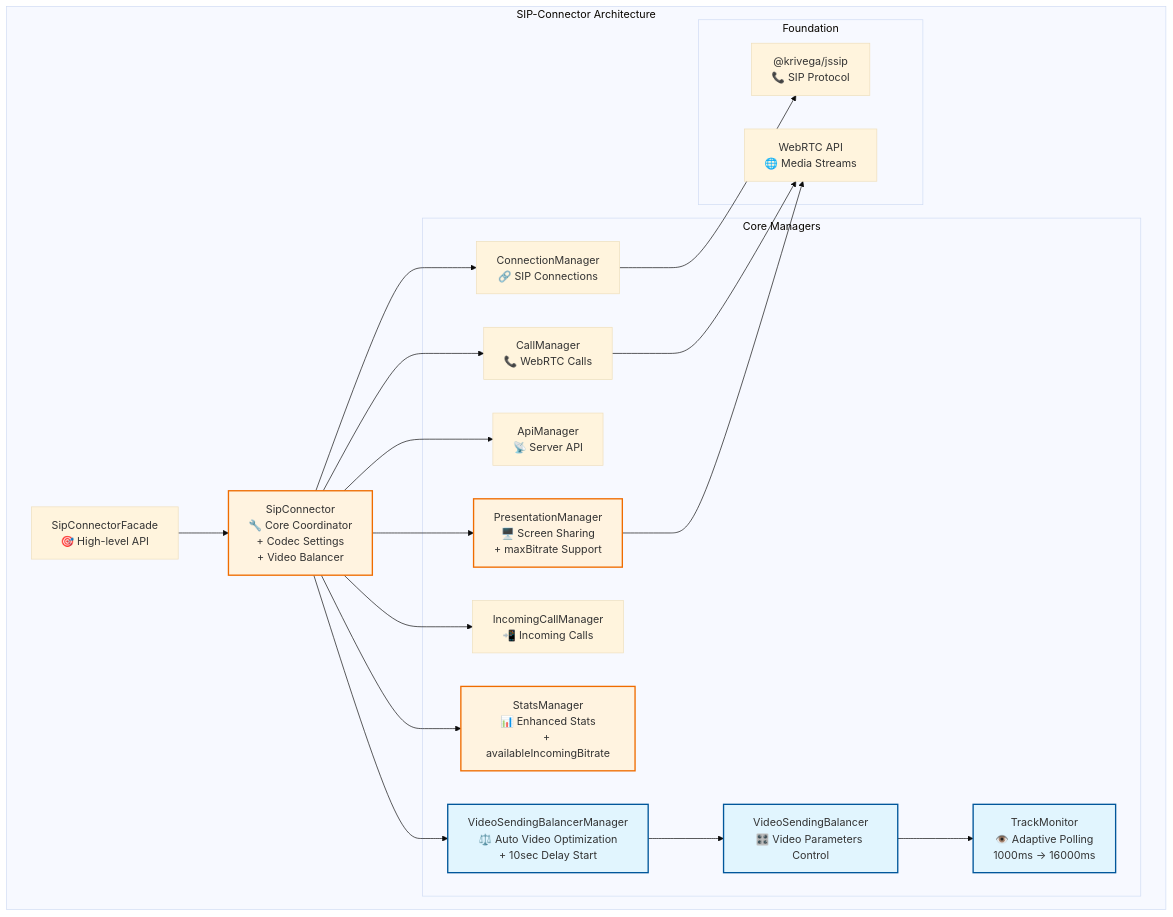
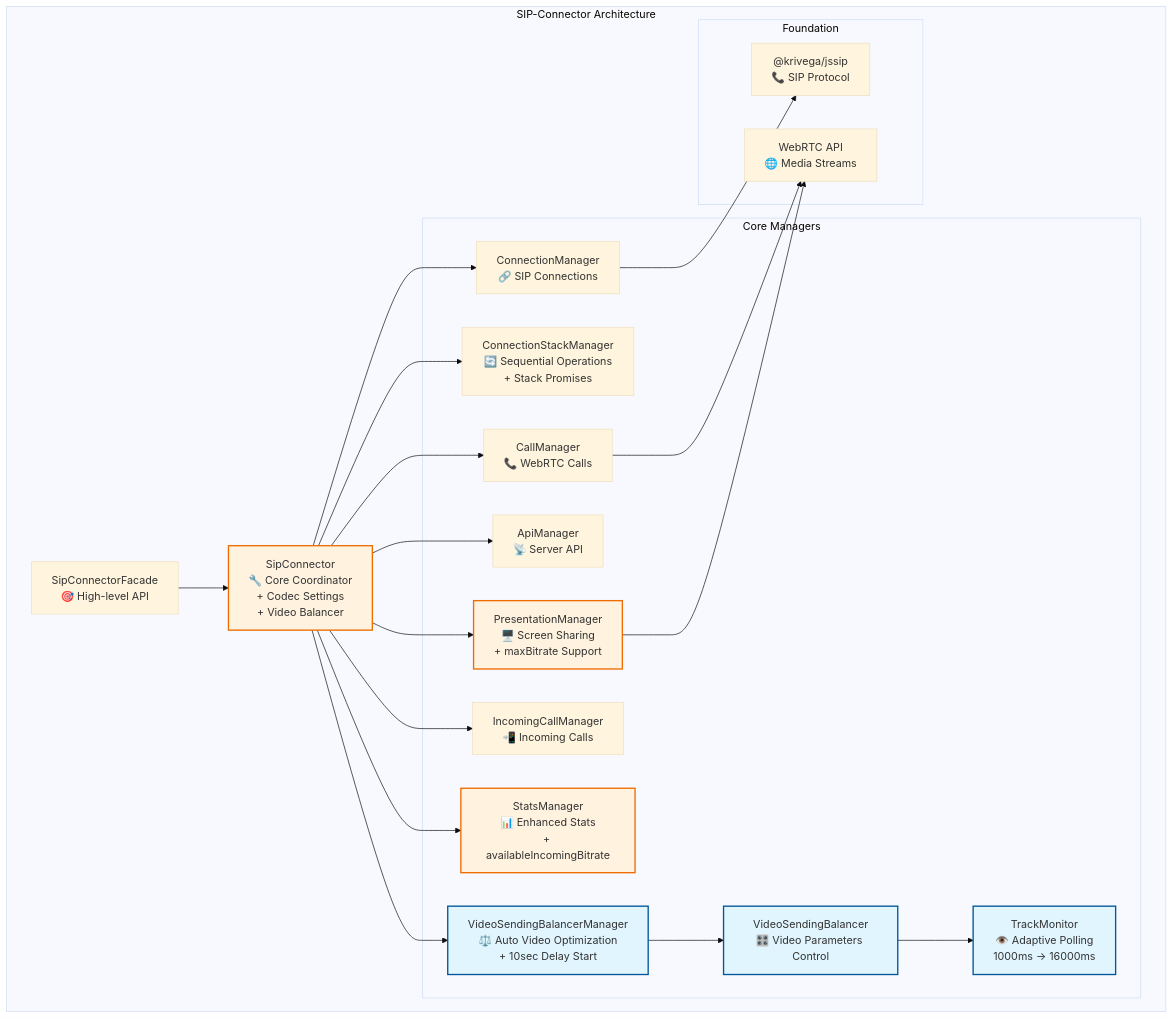
Before and after one commit to Krivega/sip-connector: the first of 2 diagrams in docs/arch.md, drawn with Mermaid (base theme). The commit also changed other lines of this file and 1 other file, not shown here.

````diff
--- a/docs/arch.md
+++ b/docs/arch.md
@@ -389,45 +424,47 @@
 ```mermaid
 graph TB
     subgraph "SIP-Connector Architecture"
         A["SipConnectorFacade<br/>🎯 High-level API"]
         B["SipConnector<br/>🔧 Core Coordinator<br/>+ Codec Settings<br/>+ Video Balancer"]
 
         subgraph "Core Managers"
             C["ConnectionManager<br/>🔗 SIP Connections"]
             D["CallManager<br/>📞 WebRTC Calls"]
             E["ApiManager<br/>📡 Server API"]
             F["PresentationManager<br/>🖥️ Screen Sharing<br/>+ maxBitrate Support"]
             G["IncomingCallManager<br/>📲 Incoming Calls"]
             H["StatsManager<br/>📊 Enhanced Stats<br/>+ availableIncomingBitrate"]
             I["VideoSendingBalancerManager<br/>⚖️ Auto Video Optimization<br/>+ 10sec Delay Start"]
             J["VideoSendingBalancer<br/>🎛️ Video Parameters Control"]
             K["TrackMonitor<br/>👁️ Adaptive Polling<br/>1000ms → 16000ms"]
+            L["ConnectionStackManager<br/>🔄 Sequential Operations<br/>+ Stack Promises"]
         end
 
         subgraph "Foundation"
-            L["@krivega/jssip<br/>📞 SIP Protocol"]
-            M["WebRTC API<br/>🌐 Media Streams"]
+            M["@krivega/jssip<br/>📞 SIP Protocol"]
+            N["WebRTC API<br/>🌐 Media Streams"]
         end
 
         A --> B
         B --> C
+        B --> L
         B --> D
         B --> E
         B --> F
         B --> G
         B --> H
         B --> I
         I --> J
         J --> K
-        D --> M
-        F --> M
-        C --> L
+        D --> N
+        F --> N
+        C --> M
     end
 
     style I fill:#e1f5fe,stroke:#01579b,stroke-width:2px
     style J fill:#e1f5fe,stroke:#01579b,stroke-width:2px
     style K fill:#e1f5fe,stroke:#01579b,stroke-width:2px
     style B fill:#fff3e0,stroke:#ef6c00,stroke-width:2px
     style F fill:#fff3e0,stroke:#ef6c00,stroke-width:2px
     style H fill:#fff3e0,stroke:#ef6c00,stroke-width:2px
 ```
````
